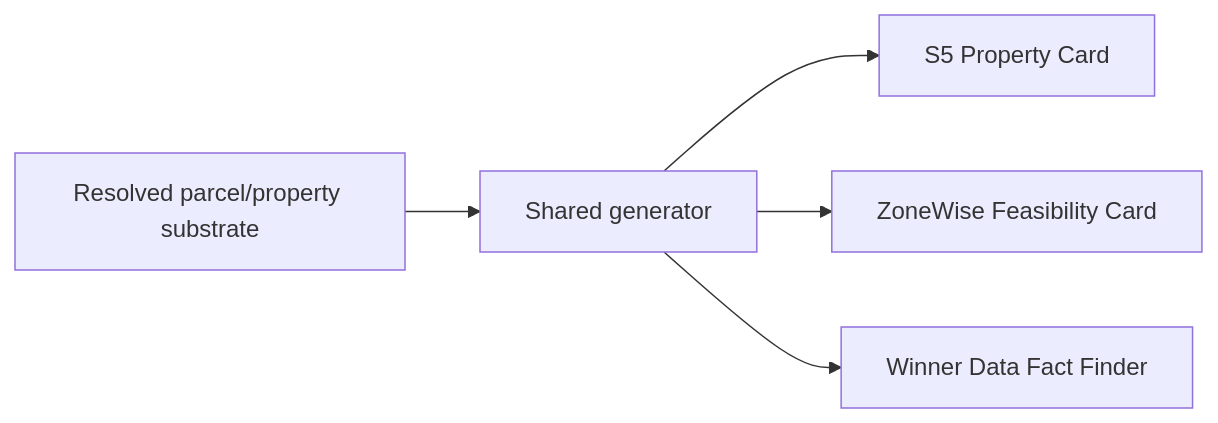
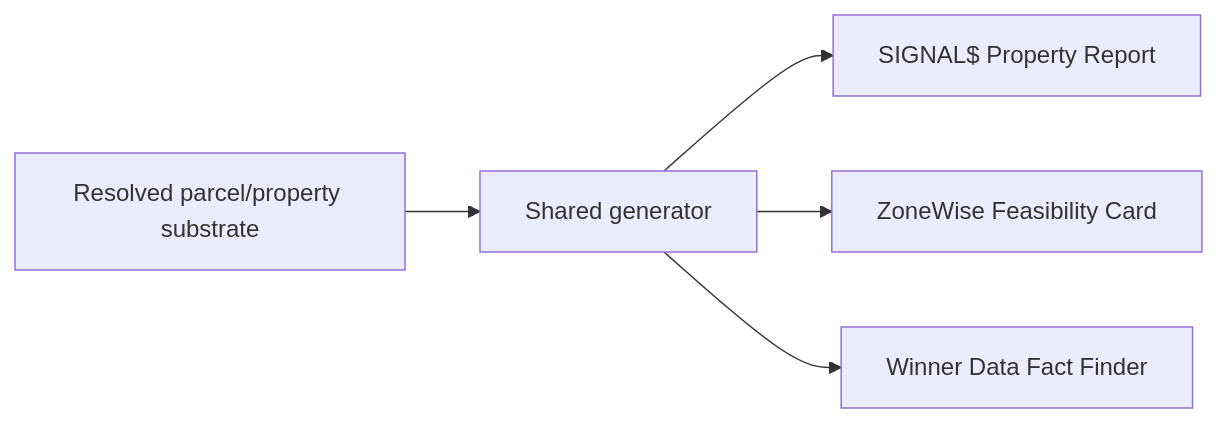
One commit to breverdbidder/cli-anything-biddeed changed the diagram in docs/canon/03_PRODUCT_AVATAR_MAP.md. Above: the diagram before and after it, drawn with Mermaid. The commit also changed 10 other files, not shown here.

````diff
--- a/docs/canon/03_PRODUCT_AVATAR_MAP.md
+++ b/docs/canon/03_PRODUCT_AVATAR_MAP.md
@@ -8,7 +8,7 @@
 ```mermaid
 graph LR
     S[Resolved parcel/property substrate] --> G[Shared generator]
-    G --> F1[S5 Property Card]
+    G --> F1[SIGNAL$ Property Report]
     G --> F2[ZoneWise Feasibility Card]
     G --> F3[Winner Data Fact Finder]
 ```
````
